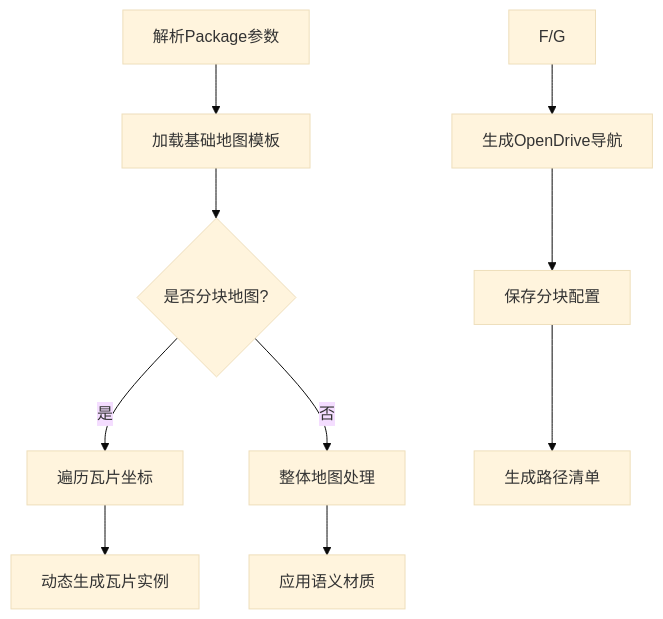
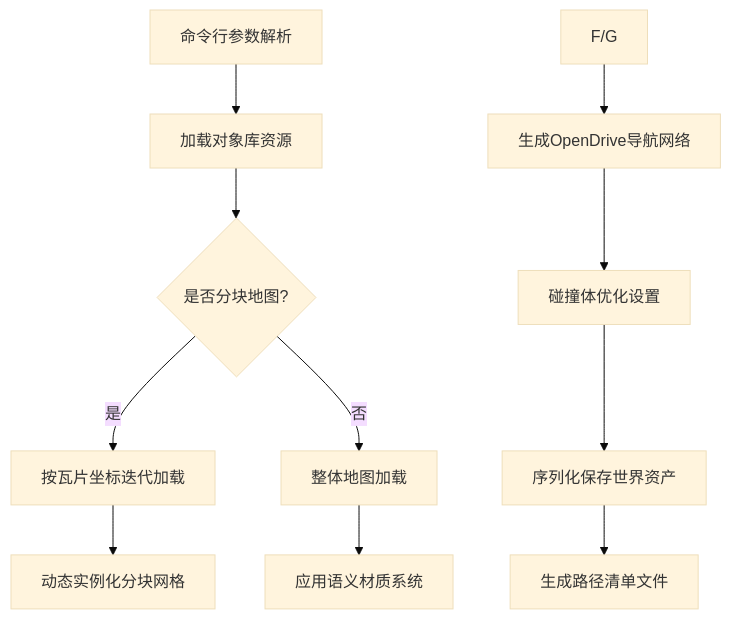
The diagram in docs/modules/Commandlet.md (OpenHUTB/carla_doc), drawn with Mermaid (base theme) before and after one commit. The commit also changed other lines of this file, not shown here.

Commit message:
更新Commandlet模块 (#201)
* 更新Commandlet模块

类与方法详解：

1.新增UPrepareAssetsForCookingCommandlet类完整方法说明

2.补充成员变量与材质实例映射关系

* 更新Commandlet模块

数据结构与配置更新：
1.增加FPackageParams和FMapData结构体定义
2.新增分块地图配置规范

* 更新Commandlet模块

关键流程：

1.优化预处理流程图，增加对象库加载环节

2.明确分块地图处理分支逻辑

````diff
--- a/docs/modules/Commandlet.md
+++ b/docs/modules/Commandlet.md
@@ -141,12 +141,13 @@
 ```mermaid
 graph TD
-  A[解析Package参数] --> B[加载基础地图模板]
+  A[命令行参数解析] --> B[加载对象库资源]
   B --> C{是否分块地图?}
-  C -->|是| D[遍历瓦片坐标]
-  C -->|否| E[整体地图处理]
-  D --> F[动态生成瓦片实例]
-  E --> G[应用语义材质]
-  F/G --> H[生成OpenDrive导航]
-  H --> I[保存分块配置]
-  I --> J[生成路径清单]
+  C -->|是| D[按瓦片坐标迭代加载]
+  C -->|否| E[整体地图加载]
+  D --> F[动态实例化分块网格]
+  E --> G[应用语义材质系统]
+  F/G --> H[生成OpenDrive导航网络]
+  H --> I[碰撞体优化设置]
+  I --> J[序列化保存世界资产]
+  J --> K[生成路径清单文件]
 ```
````
